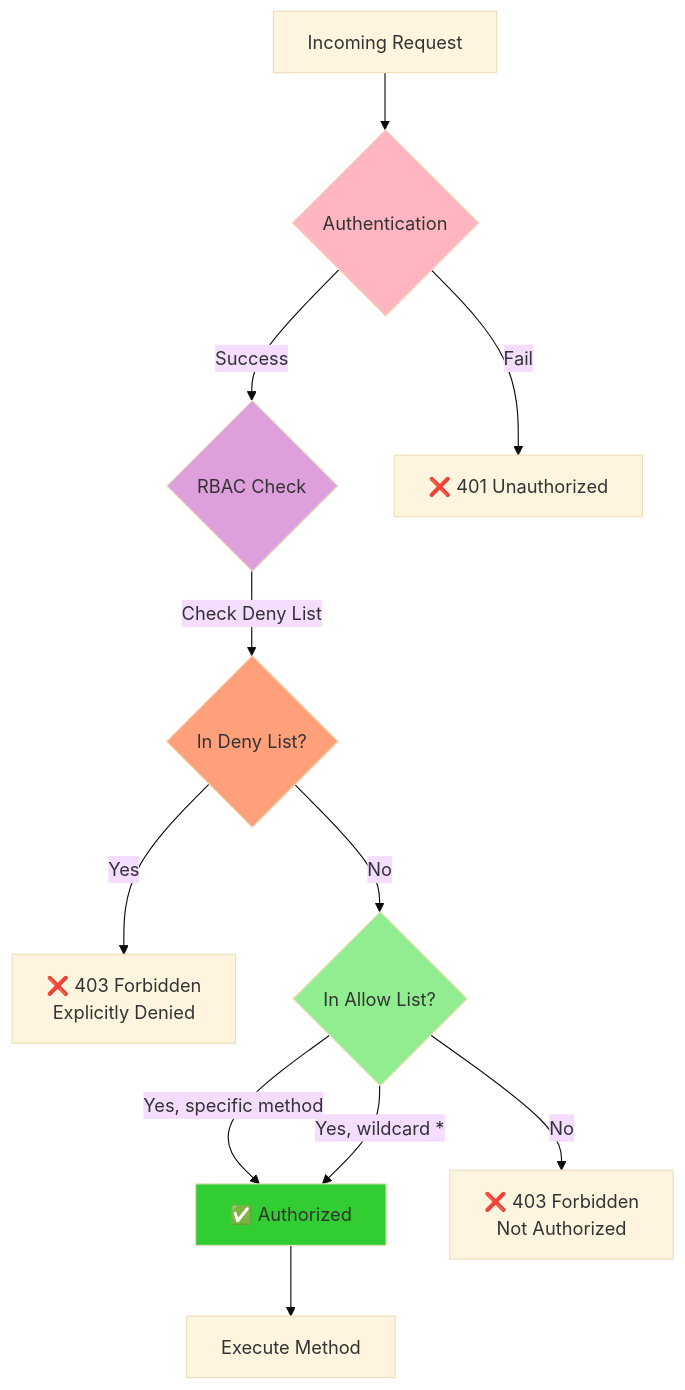
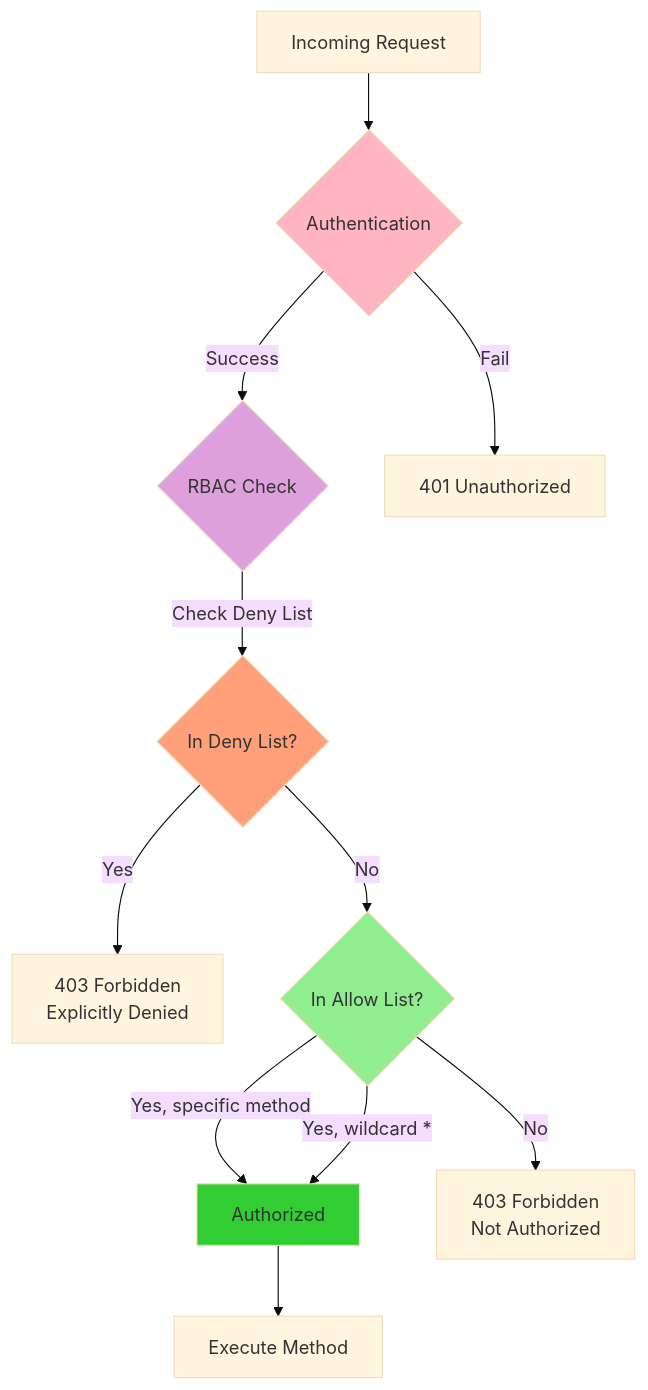
The sixth of 9 diagrams in DEMO_2H_COMPREHENSIVE.md (jaafar-benabderrazak/ca_a2a), drawn with Mermaid (base theme) before and after one commit. The commit also changed other lines of this file and 19 other files, not shown here.

````diff
--- a/DEMO_2H_COMPREHENSIVE.md
+++ b/DEMO_2H_COMPREHENSIVE.md
@@ -799,22 +799,22 @@
 ```mermaid
 graph TB
-    Request[Incoming Request] --> Auth{Authentication}
-    Auth -->|Success| RBAC{RBAC Check}
-    Auth -->|Fail| Reject1[❌ 401 Unauthorized]
-    
-    RBAC -->|Check Deny List| Deny{In Deny List?}
-    Deny -->|Yes| Reject2[❌ 403 Forbidden<br/>Explicitly Denied]
-    Deny -->|No| Allow{In Allow List?}
-    
-    Allow -->|Yes, specific method| Approve[✅ Authorized]
-    Allow -->|Yes, wildcard *| Approve
-    Allow -->|No| Reject3[❌ 403 Forbidden<br/>Not Authorized]
-    
-    Approve --> Handler[Execute Method]
-    
-    style Auth fill:#FFB6C1
-    style RBAC fill:#DDA0DD
-    style Deny fill:#FFA07A
-    style Allow fill:#90EE90
-    style Approve fill:#32CD32
+ Request[Incoming Request] --> Auth{Authentication}
+ Auth -->|Success| RBAC{RBAC Check}
+ Auth -->|Fail| Reject1[ 401 Unauthorized]
+ 
+ RBAC -->|Check Deny List| Deny{In Deny List?}
+ Deny -->|Yes| Reject2[ 403 Forbidden<br/>Explicitly Denied]
+ Deny -->|No| Allow{In Allow List?}
+ 
+ Allow -->|Yes, specific method| Approve[ Authorized]
+ Allow -->|Yes, wildcard *| Approve
+ Allow -->|No| Reject3[ 403 Forbidden<br/>Not Authorized]
+ 
+ Approve --> Handler[Execute Method]
+ 
+ style Auth fill:#FFB6C1
+ style RBAC fill:#DDA0DD
+ style Deny fill:#FFA07A
+ style Allow fill:#90EE90
+ style Approve fill:#32CD32
 ```
````
